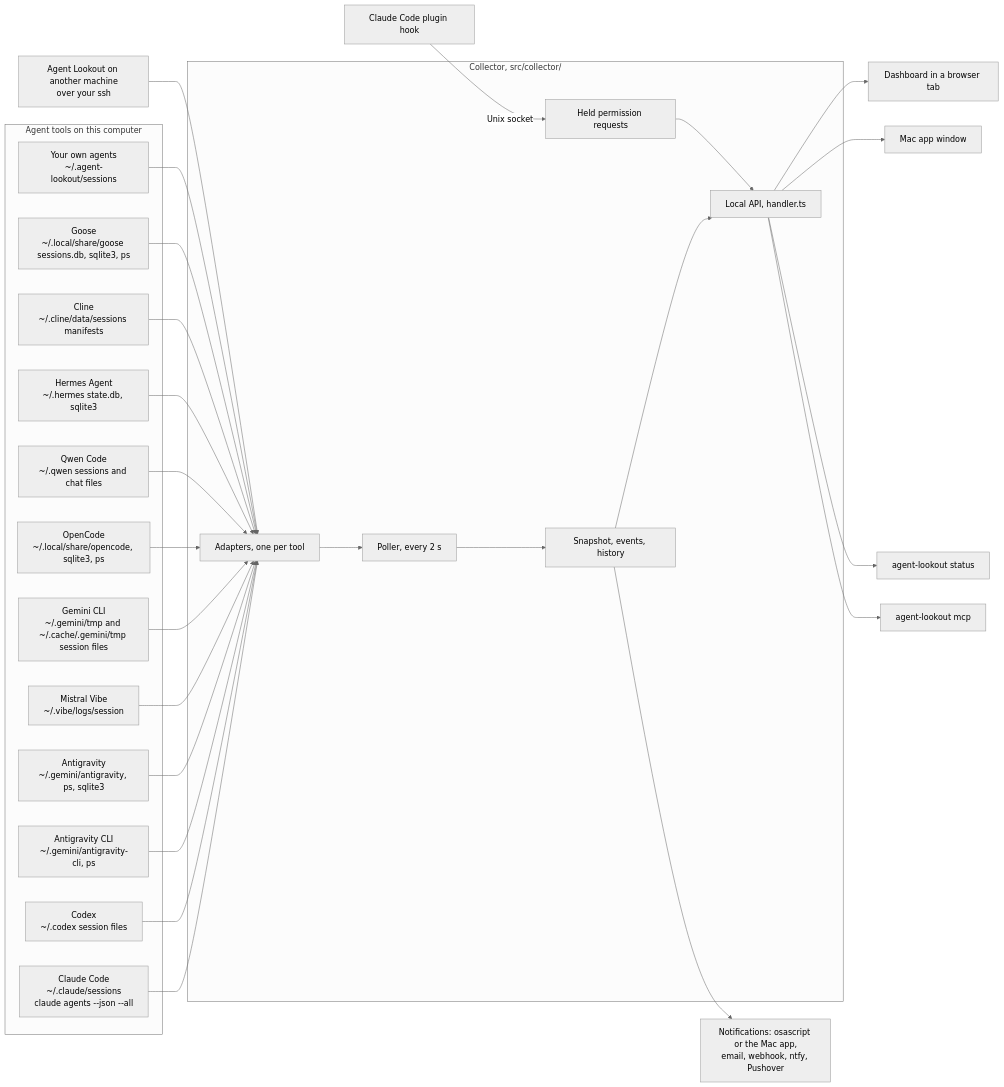
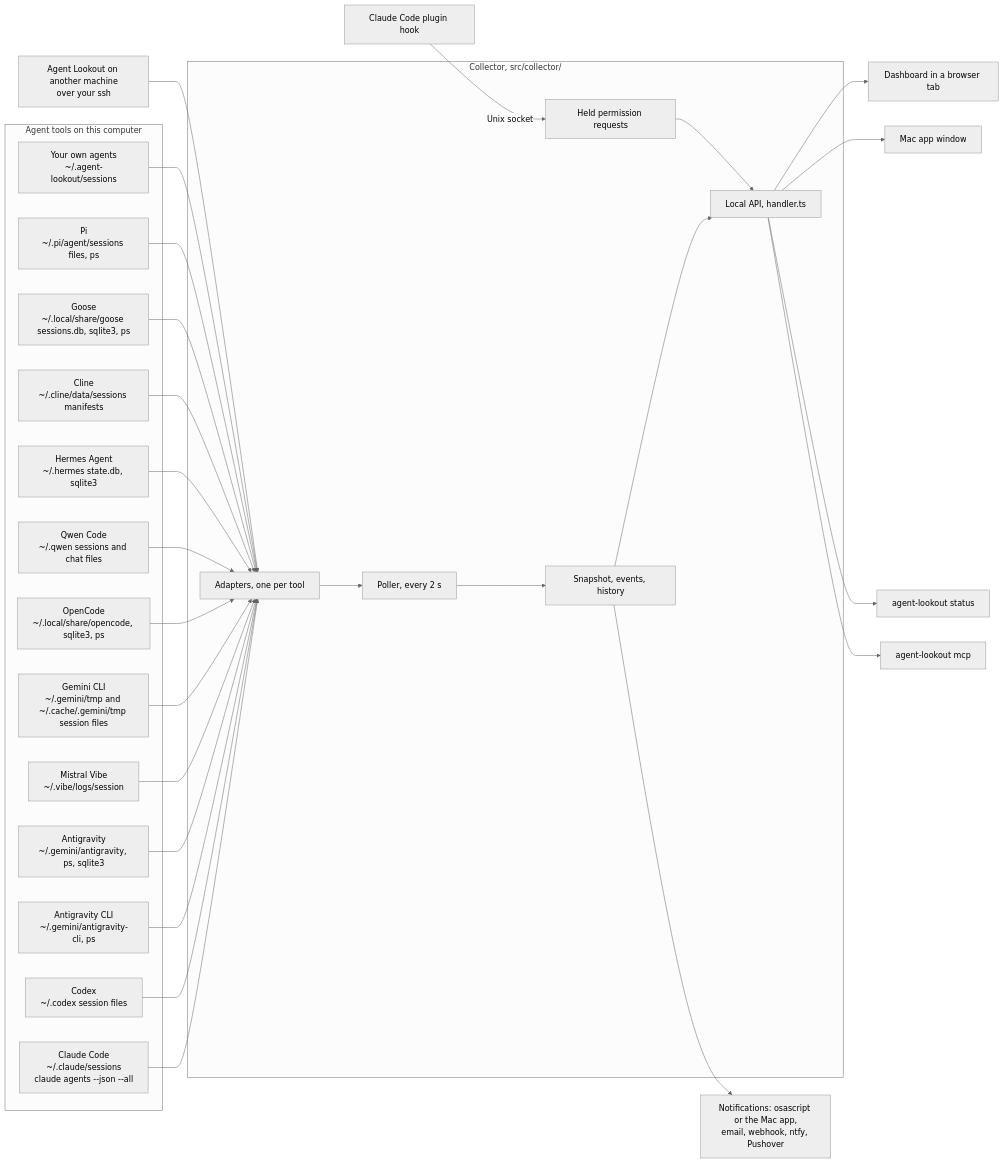
Before and after one commit to Olanetsoft/agent-lookout: the first of 4 diagrams in docs/TOUR.md, drawn with Mermaid (neutral theme). The commit also changed other lines of this file and 62 other files, not shown here.

````diff
--- a/docs/TOUR.md
+++ b/docs/TOUR.md
@@ -29,47 +29,49 @@
 ```mermaid
 flowchart LR
   subgraph tools["Agent tools on this computer"]
     cc["Claude Code<br/>~/.claude/sessions<br/>claude agents --json --all"]
     cx["Codex<br/>~/.codex session files"]
     ag["Antigravity CLI<br/>~/.gemini/antigravity-cli, ps"]
     aa["Antigravity<br/>~/.gemini/antigravity, ps, sqlite3"]
     mv["Mistral Vibe<br/>~/.vibe/logs/session"]
     gc["Gemini CLI<br/>~/.gemini/tmp and ~/.cache/.gemini/tmp session files"]
     oc["OpenCode<br/>~/.local/share/opencode, sqlite3, ps"]
     qw["Qwen Code<br/>~/.qwen sessions and chat files"]
     ha["Hermes Agent<br/>~/.hermes state.db, sqlite3"]
     cl["Cline<br/>~/.cline/data/sessions manifests"]
     gs["Goose<br/>~/.local/share/goose sessions.db, sqlite3, ps"]
+    pi["Pi<br/>~/.pi/agent/sessions files, ps"]
     sf["Your own agents<br/>~/.agent-lookout/sessions"]
   end
   remote["Agent Lookout on another machine<br/>over your ssh"]
   plugin["Claude Code plugin hook"]
   subgraph collector["Collector, src/collector/"]
     adapters["Adapters, one per tool"]
     poller["Poller, every 2 s"]
     snap["Snapshot, events, history"]
     api["Local API, handler.ts"]
     held["Held permission requests"]
   end
   cc --> adapters
   cx --> adapters
   ag --> adapters
   aa --> adapters
   mv --> adapters
   gc --> adapters
   oc --> adapters
   qw --> adapters
   ha --> adapters
   cl --> adapters
   gs --> adapters
+  pi --> adapters
   sf --> adapters
   remote --> adapters
   plugin -->|"Unix socket"| held
   adapters --> poller --> snap --> api
   held --> api
   api --> page["Dashboard in a browser tab"]
   api --> mac["Mac app window"]
   api --> status["agent-lookout status"]
   api --> mcp["agent-lookout mcp"]
   snap --> channels["Notifications: osascript or the Mac app,<br/>email, webhook, ntfy, Pushover"]
 ```
````
